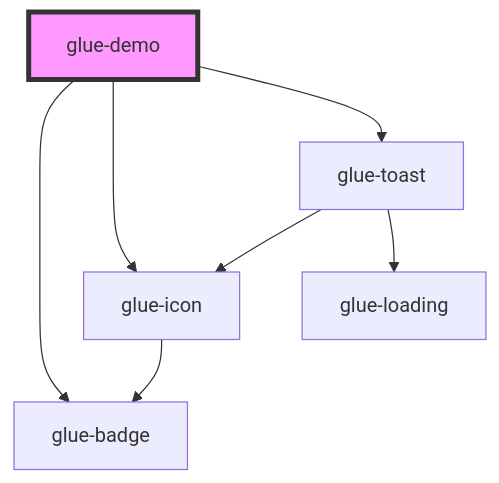
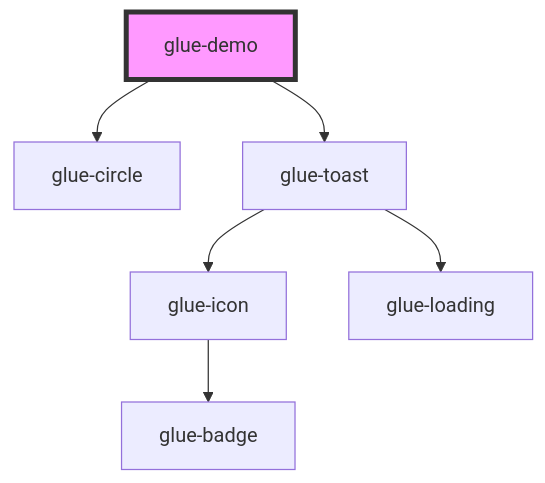
Before and after one commit to grasilife/glue: the diagram in packages/glue-components/src/components/glue-demo/readme.md, drawn with Mermaid. The commit also changed other lines of this file and 8 other files, not shown here.

````diff
--- a/packages/glue-components/src/components/glue-demo/readme.md
+++ b/packages/glue-components/src/components/glue-demo/readme.md
@@ -17,10 +16,9 @@
 ```mermaid
 graph TD;
-  glue-demo --> glue-badge
-  glue-demo --> glue-icon
+  glue-demo --> glue-circle
   glue-demo --> glue-toast
-  glue-icon --> glue-badge
   glue-toast --> glue-icon
   glue-toast --> glue-loading
+  glue-icon --> glue-badge
   style glue-demo fill:#f9f,stroke:#333,stroke-width:4px
 ```
````
